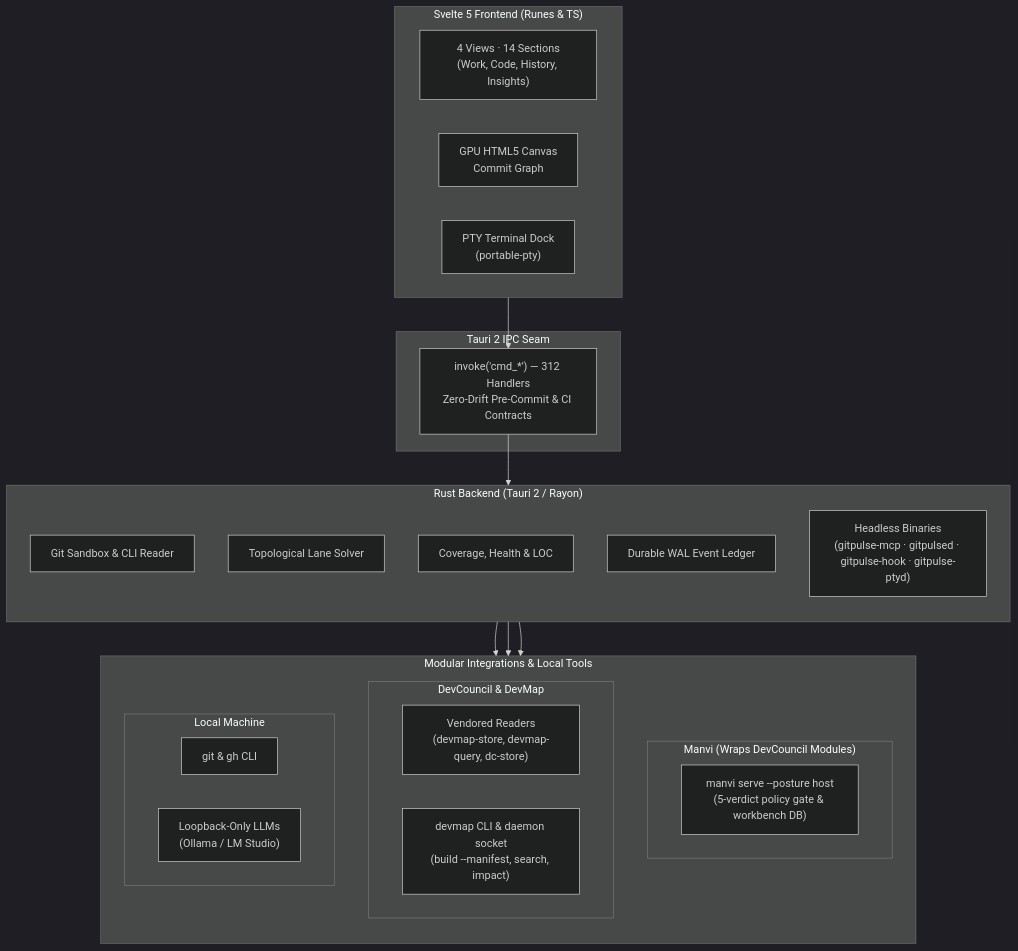
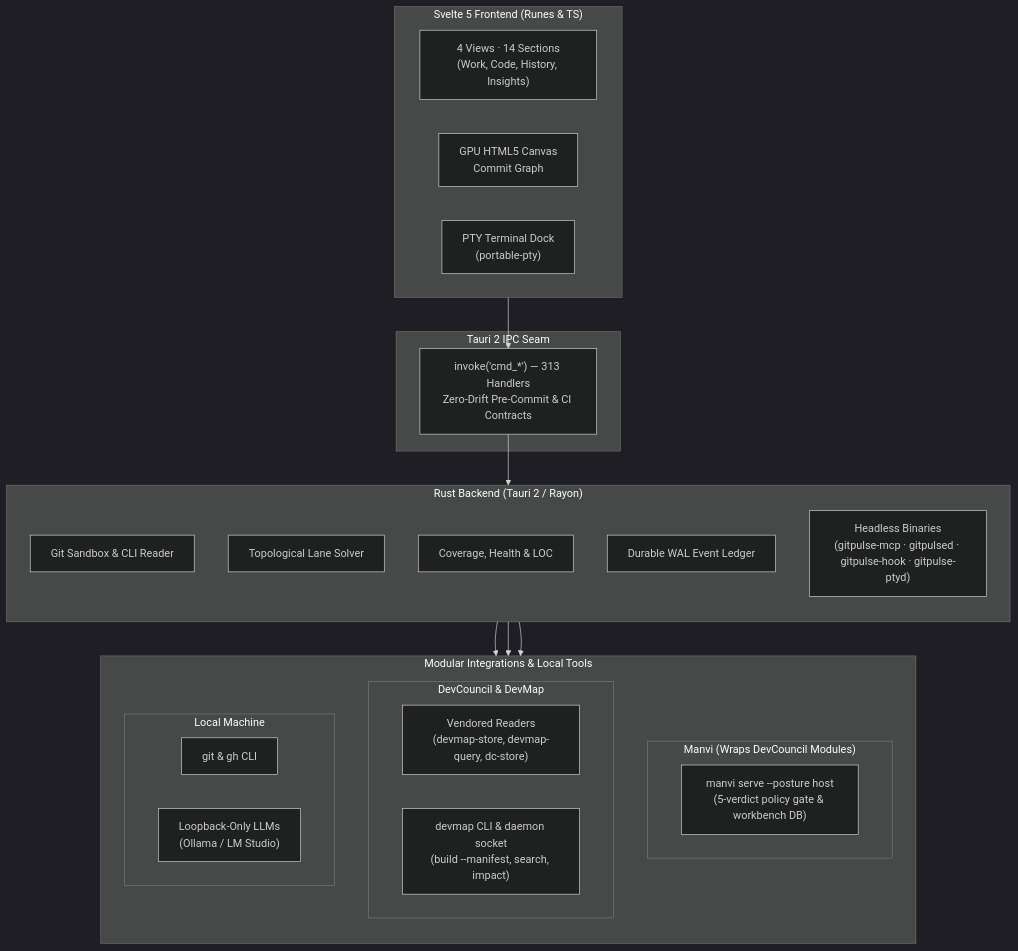
One commit to bharathvbcr/GitPulse changed the diagram in README.md. Above: the diagram before and after it, drawn with Mermaid (dark theme). The commit also changed 28 other files, not shown here.

````diff
--- a/README.md
+++ b/README.md
@@ -126,43 +126,43 @@
 ```mermaid
 flowchart TB
     subgraph Frontend["Svelte 5 Frontend (Runes & TS)"]
         direction LR
         Views["4 Views · 14 Sections<br/>(Work, Code, History, Insights)"]
         Canvas["GPU HTML5 Canvas<br/>Commit Graph"]
         TerminalDock["PTY Terminal Dock<br/>(portable-pty)"]
     end
 
     subgraph IPC["Tauri 2 IPC Seam"]
-        Bridge["invoke('cmd_*') — 312 Handlers<br/>Zero-Drift Pre-Commit & CI Contracts"]
+        Bridge["invoke('cmd_*') — 313 Handlers<br/>Zero-Drift Pre-Commit & CI Contracts"]
     end
 
     subgraph Backend["Rust Backend (Tauri 2 / Rayon)"]
         direction TB
         GitEngine["Git Sandbox & CLI Reader"]
         LaneSolver["Topological Lane Solver"]
         Analyzers["Coverage, Health & LOC"]
         Ledger["Durable WAL Event Ledger"]
         Headless["Headless Binaries<br/>(gitpulse-mcp · gitpulsed · gitpulse-hook · gitpulse-ptyd)"]
     end
 
     subgraph Integrations["Modular Integrations & Local Tools"]
         direction TB
         subgraph ManviWrap["Manvi (Wraps DevCouncil Modules)"]
             ManviSidecar["manvi serve --posture host<br/>(5-verdict policy gate & workbench DB)"]
         end
         subgraph DevCouncilMods["DevCouncil & DevMap"]
             Vendored["Vendored Readers<br/>(devmap-store, devmap-query, dc-store)"]
             DevMapCLI["devmap CLI & daemon socket<br/>(build --manifest, search, impact)"]
         end
         subgraph LocalTools["Local Machine"]
             CLI["git & gh CLI"]
             LocalLLM["Loopback-Only LLMs<br/>(Ollama / LM Studio)"]
         end
     end
 
     Frontend --> Bridge
     Bridge --> Backend
     Backend --> ManviWrap
     Backend --> DevCouncilMods
     Backend --> LocalTools
 ```
````
